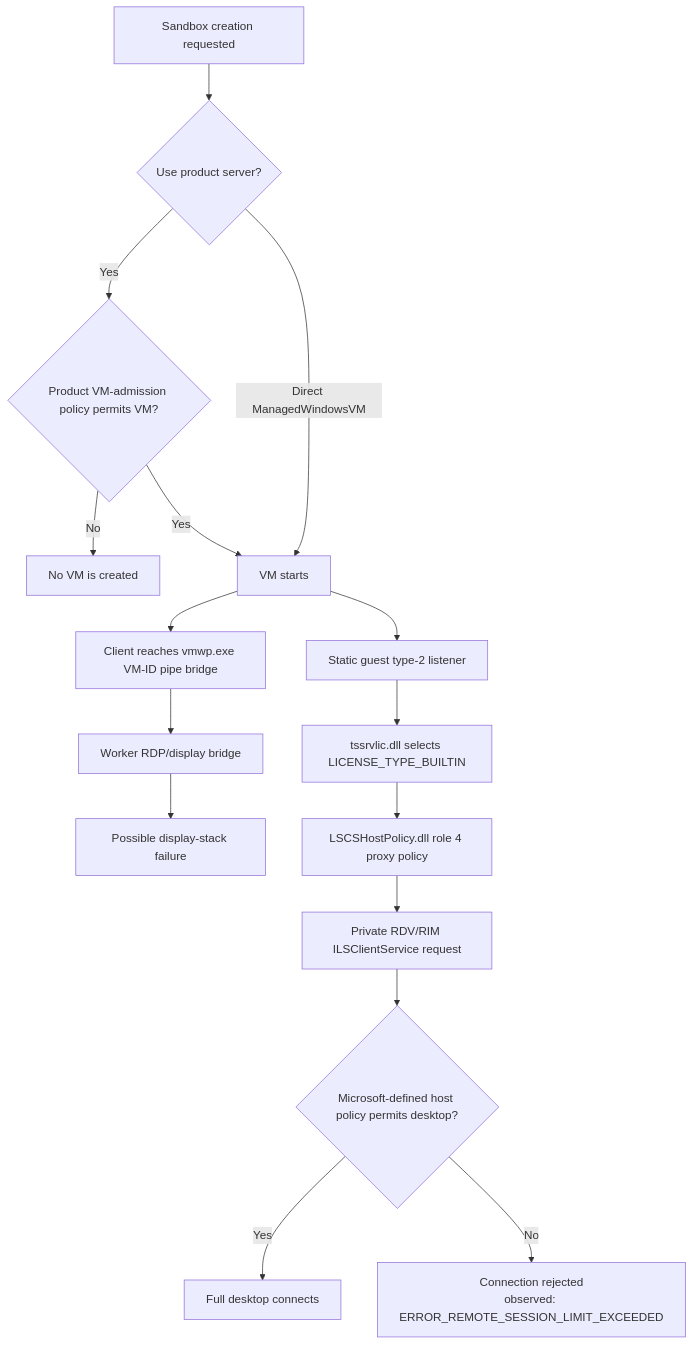
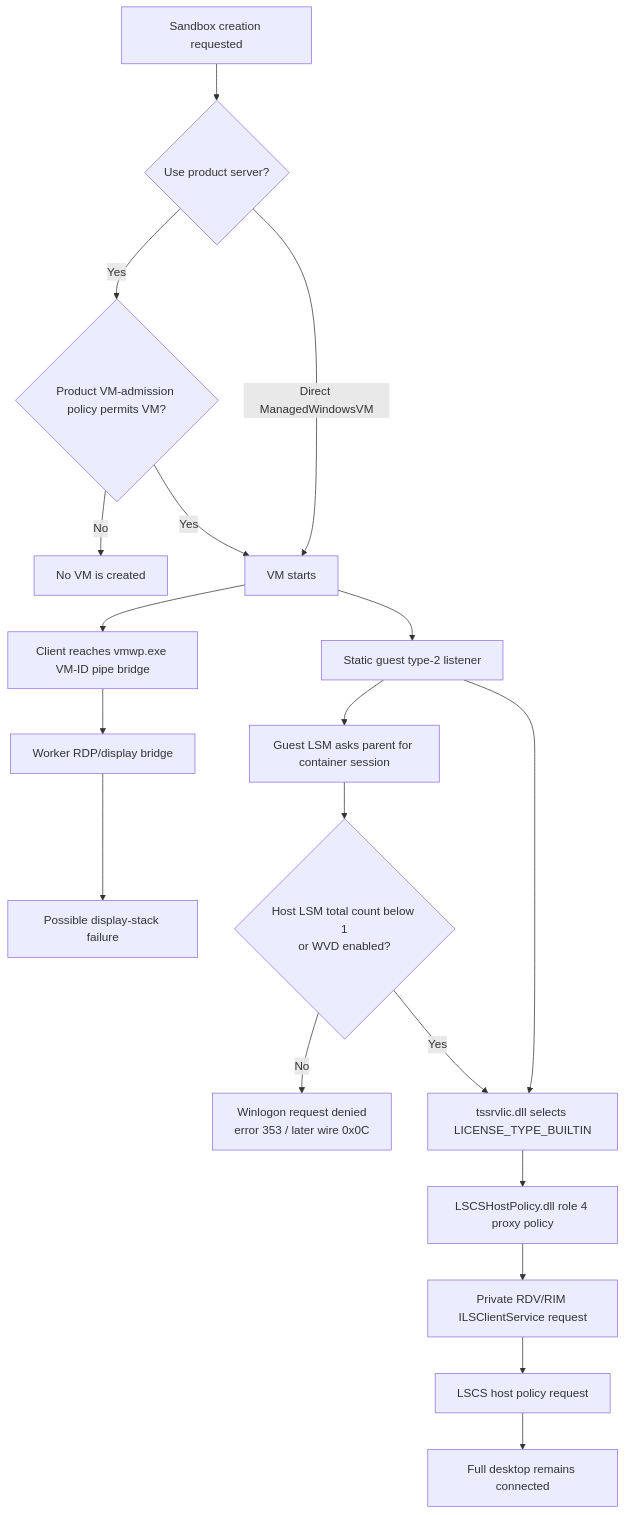
Before and after one commit to Devolutions/IronRDP: the diagram in docs/reversing/windows-sandbox-licensing.md, drawn with Mermaid. The commit also changed other lines of this file and 8 other files, not shown here.

First line of the commit message:
docs: identify Sandbox session limit

````diff
--- a/docs/reversing/windows-sandbox-licensing.md
+++ b/docs/reversing/windows-sandbox-licensing.md
@@ -41,19 +39,22 @@
 ```mermaid
 flowchart TD
     A[Sandbox creation requested] --> B{Use product server?}
     B -->|Yes| C{Product VM-admission policy permits VM?}
     C -->|No| C0[No VM is created]
     C -->|Yes| D[VM starts]
     B -->|Direct ManagedWindowsVM| D
 
     D --> E[Client reaches vmwp.exe VM-ID pipe bridge]
     E --> Dsp[Worker RDP/display bridge]
     Dsp --> DspFail[Possible display-stack failure]
     D --> F[Static guest type-2 listener]
+    F --> CLC[Guest LSM asks parent for container session]
+    CLC --> HLSM{Host LSM total count below 1<br/>or WVD enabled?}
+    HLSM -->|No| L[Winlogon request denied<br/>error 353 / later wire 0x0C]
+    HLSM -->|Yes| G
     F --> G[tssrvlic.dll selects LICENSE_TYPE_BUILTIN]
     G --> H[LSCSHostPolicy.dll role 4 proxy policy]
     H --> I[Private RDV/RIM ILSClientService request]
-    I --> J{Microsoft-defined host policy permits desktop?}
-    J -->|Yes| K[Full desktop connects]
-    J -->|No| L[Connection rejected<br/>observed: ERROR_REMOTE_SESSION_LIMIT_EXCEEDED]
+    I --> J[LSCS host policy request]
+    J --> K[Full desktop remains connected]
 ```
````
